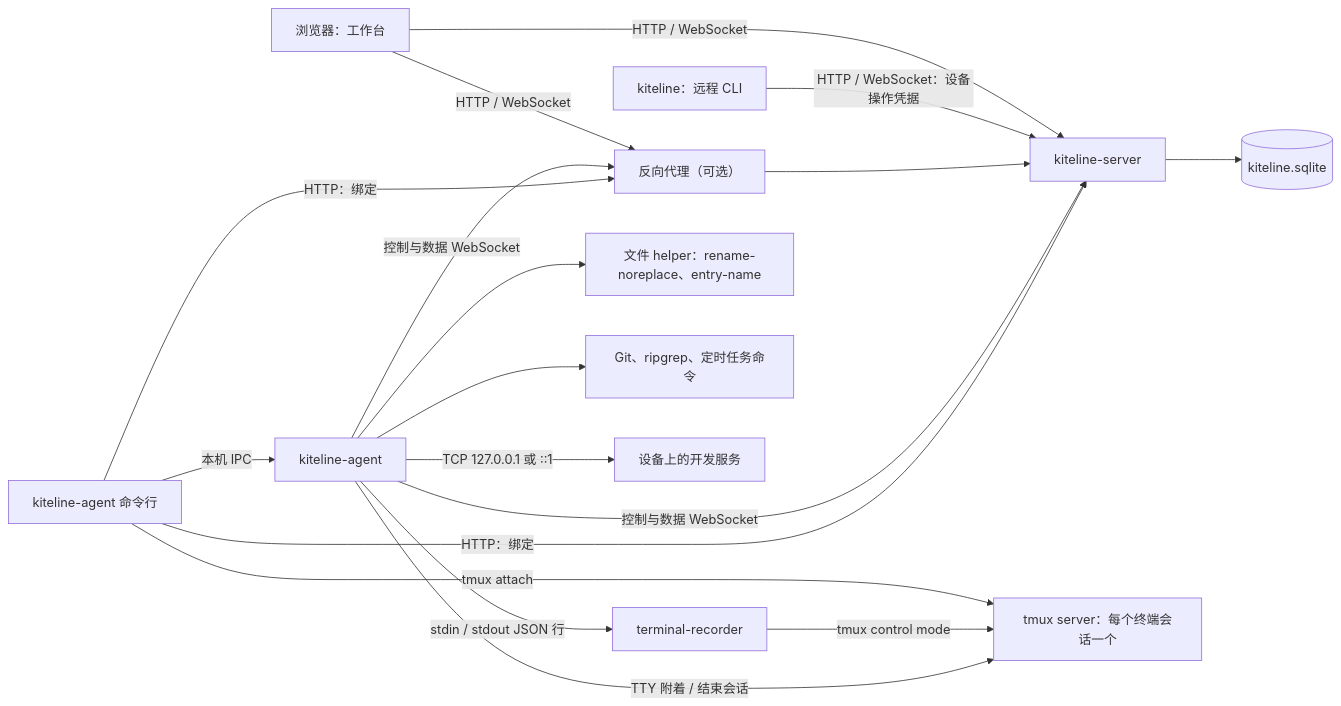
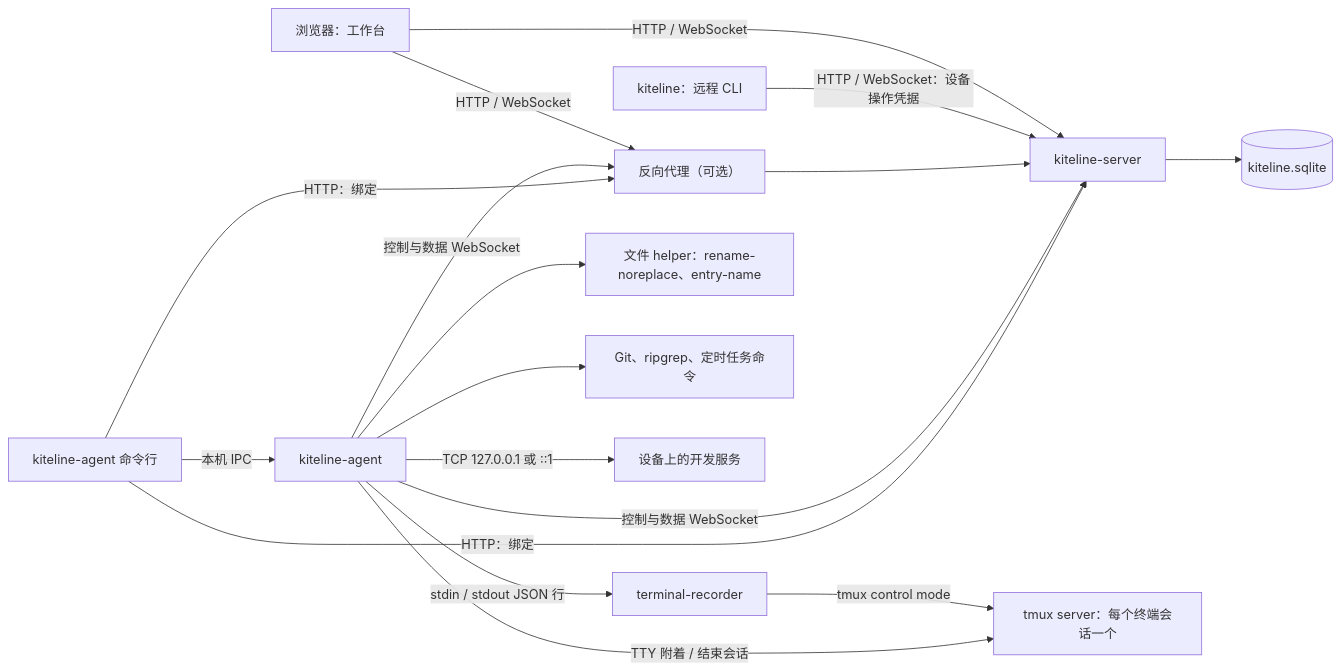
The diagram in docs/design/architecture.md (Azure99/kiteline), drawn with Mermaid before and after one commit. The commit also changed other lines of this file and 23 other files, not shown here.

````diff
--- a/docs/design/architecture.md
+++ b/docs/design/architecture.md
@@ -7,20 +7,19 @@
 ```mermaid
 flowchart LR
   B["浏览器：工作台"] -->|"HTTP / WebSocket"| P["反向代理（可选）"]
   B -->|"HTTP / WebSocket"| S["kiteline-server"]
   CLI["kiteline：远程 CLI"] -->|"HTTP / WebSocket：设备操作凭据"| S
   P --> S
   S --> DB[("kiteline.sqlite")]
   A["kiteline-agent"] -->|"控制与数据 WebSocket"| P
   A -->|"控制与数据 WebSocket"| S
   C["kiteline-agent 命令行"] -->|"本机 IPC"| A
   C -->|"HTTP：绑定"| P
   C -->|"HTTP：绑定"| S
-  C -->|"tmux attach"| T["tmux server：每个终端会话一个"]
   A -->|"stdin / stdout JSON 行"| R["terminal-recorder"]
-  R -->|"tmux control mode"| T
+  R -->|"tmux control mode"| T["tmux server：每个终端会话一个"]
   A -->|"TTY 附着 / 结束会话"| T
   A --> H["文件 helper：rename-noreplace、entry-name"]
   A --> G["Git、ripgrep、定时任务命令"]
   A -->|"TCP 127.0.0.1 或 ::1"| D["设备上的开发服务"]
 ```
````
